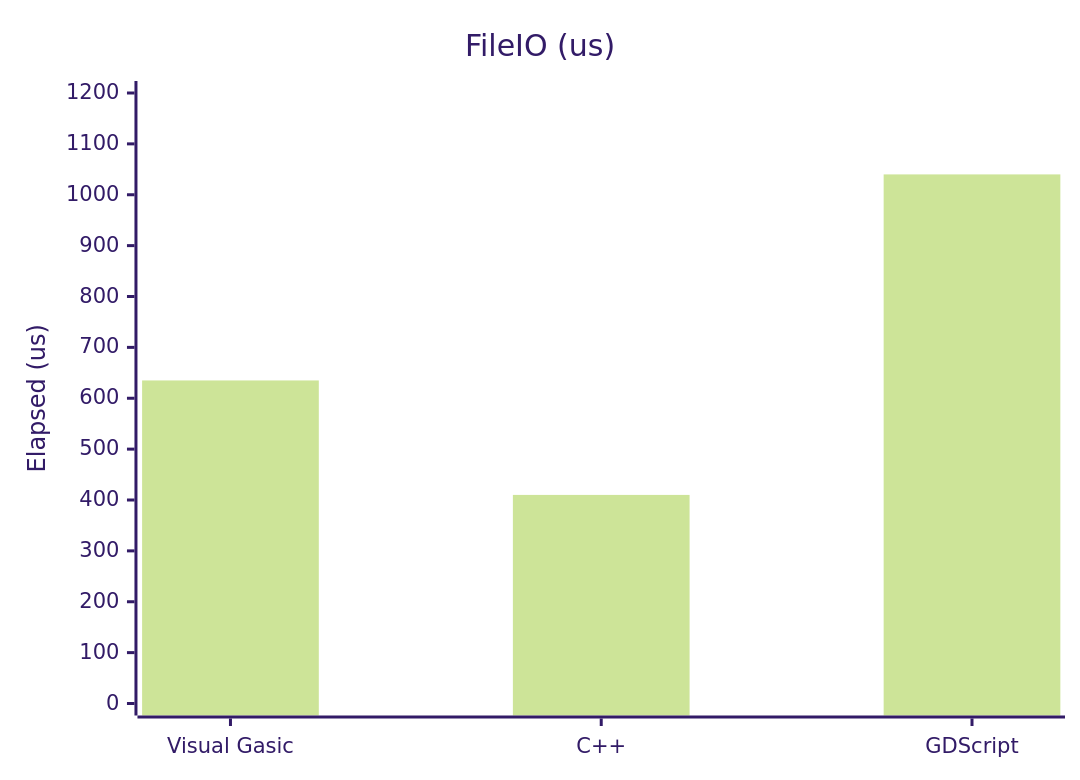
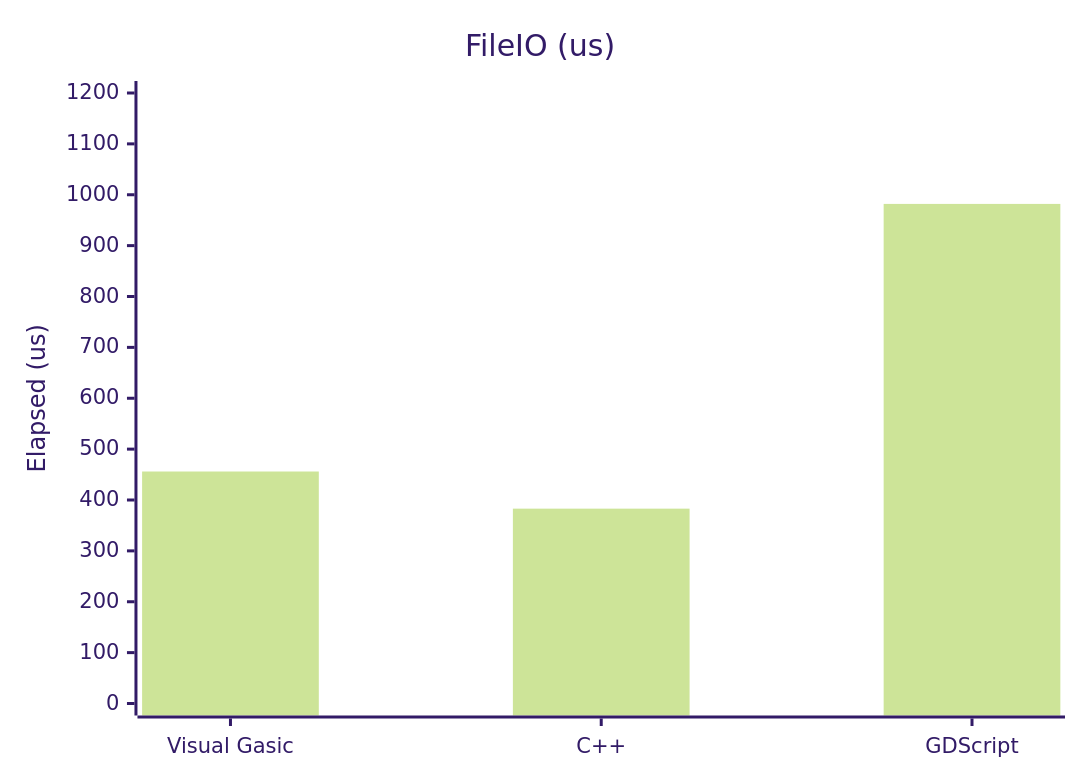
One commit to xgreenrx-star/VisualGasic changed the tenth of 11 diagrams in docs/manual/performance.md. Above: the diagram before and after it, drawn with Mermaid (forest theme). The commit also changed other lines of this file and 3 other files, not shown here.

````diff
--- a/docs/manual/performance.md
+++ b/docs/manual/performance.md
@@ -153,7 +161,7 @@
 ```mermaid
 xychart-beta
     title "FileIO (us)"
     x-axis ["Visual Gasic","C++","GDScript"]
     y-axis "Elapsed (us)" 0 --> 1200
-    bar [635,410,1040]
+    bar [456,383,982]
 ```
````
